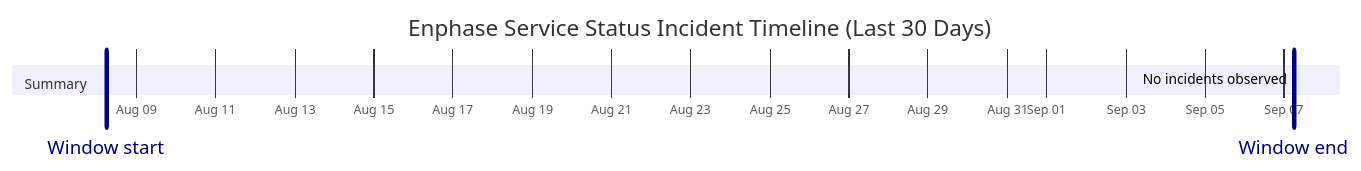
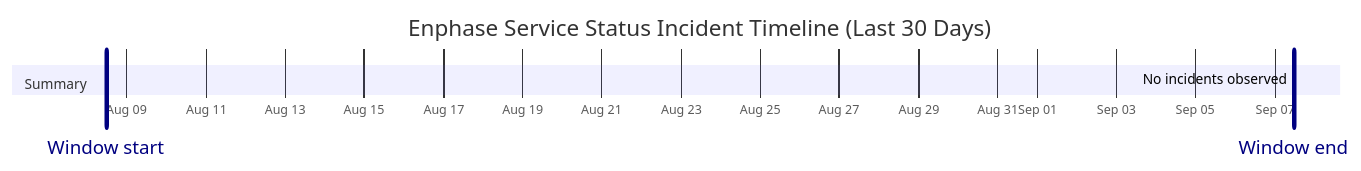
Before and after one commit to barneyonline/ha-enphase-energy: the diagram in wiki/Service-Status-History.md, drawn with Mermaid. The commit also changed other lines of this file and 3 other files, not shown here.

````diff
--- a/wiki/Service-Status-History.md
+++ b/wiki/Service-Status-History.md
@@ -14,10 +14,10 @@
 ```mermaid
 gantt
     title Enphase Service Status Incident Timeline (Last 30 Days)
     dateFormat  YYYY-MM-DDTHH:mm:ss
     axisFormat  %b %d
-    Window start :vert, window-start, 2026-08-08T05:41:23, 0ms
-    Window end :vert, window-end, 2026-09-07T05:41:23, 0ms
+    Window start :vert, window-start, 2026-08-08T11:37:41, 0ms
+    Window end :vert, window-end, 2026-09-07T11:37:41, 0ms
     section Summary
-    No incidents observed :done, 2026-09-07T05:41:23, 1m
+    No incidents observed :done, 2026-09-07T11:37:41, 1m
 ```
````
